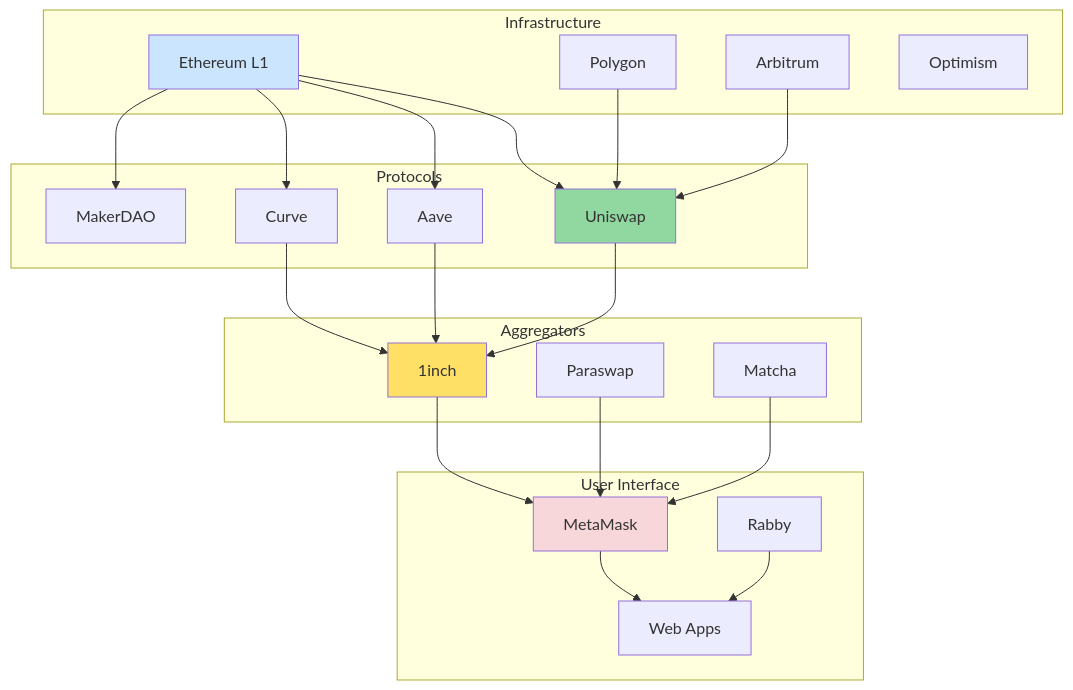
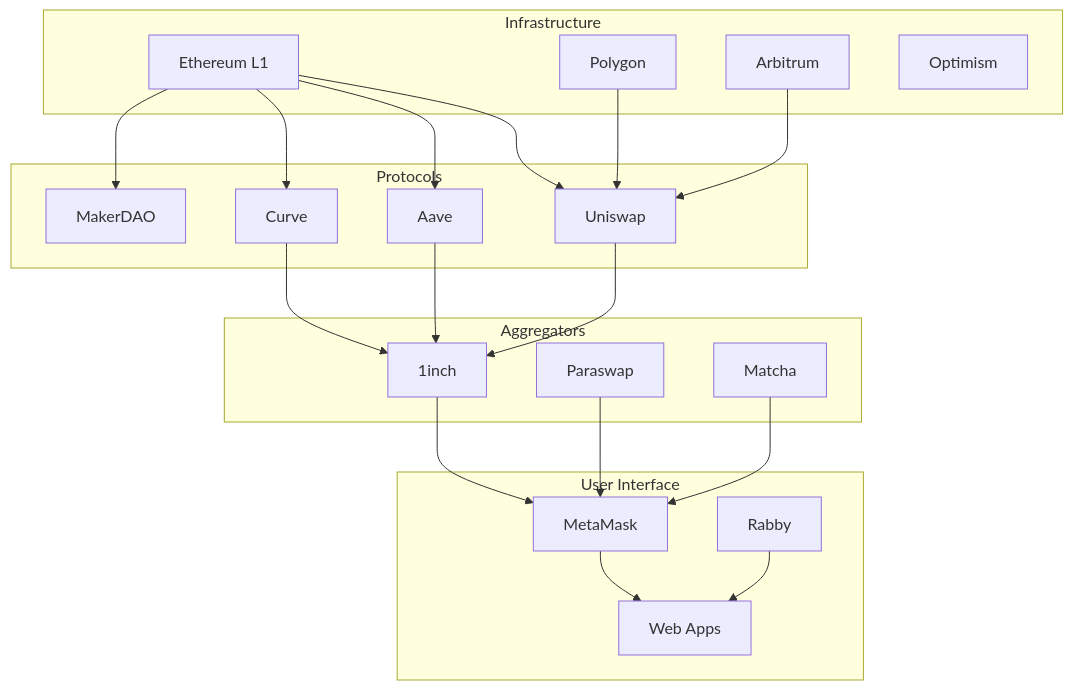
Diagram 23 of 23 in Industry/Blockchain/Blockchain/ValueChain/QA_MistralAI.md (ljg-cqu/knowledge), drawn with Mermaid before and after one commit. The commit also changed other lines of this file, not shown here.

Commit message:
Enhance value chain analysis in QA_MistralAI.md by refining flow diagrams and adding key characteristics. Improved clarity on capital cycles, fee flows, and governance mechanisms to better illustrate stakeholder interactions and regulatory impacts.

````diff
--- a/Industry/Blockchain/Blockchain/ValueChain/QA_MistralAI.md
+++ b/Industry/Blockchain/Blockchain/ValueChain/QA_MistralAI.md
@@ -1456,51 +1431,47 @@
 ```mermaid
 graph TB
     subgraph Infrastructure
         A[Ethereum L1]
         B[Polygon]
         C[Arbitrum]
         D[Optimism]
     end
     
     subgraph Protocols
         E[Uniswap]
         F[Aave]
         G[Curve]
         H[MakerDAO]
     end
     
     subgraph Aggregators
         I[1inch]
         J[Paraswap]
         K[Matcha]
     end
     
     subgraph User Interface
         L[MetaMask]
         M[Rabby]
         N[Web Apps]
     end
     
     A --> E
     A --> F
     A --> G
     A --> H
     B --> E
     C --> E
     
     E --> I
     F --> I
     G --> I
     
     I --> L
     J --> L
     K --> L
     
     L --> N
     M --> N
     
-    style A fill:#cce5ff
-    style E fill:#90d7a0
-    style I fill:#ffe066
-    style L fill:#f8d7da
 ```
````
